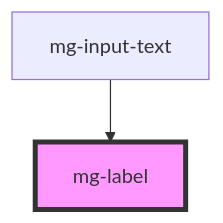
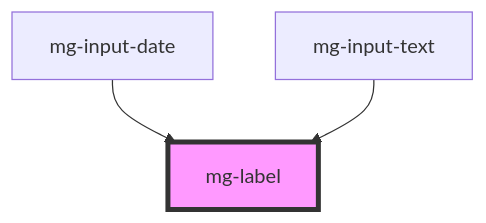
The diagram in src/components/mg-label/readme.md (MGDIS/mg-components), drawn with Mermaid before and after one commit. The commit also changed other lines of this file and 34 other files, not shown here.

First line of the commit message:
feat(mg-input-date): add new structure for input components

````diff
--- a/src/components/mg-label/readme.md
+++ b/src/components/mg-label/readme.md
@@ -24,5 +25,6 @@
 ```mermaid
 graph TD;
+  mg-input-date --> mg-label
   mg-input-text --> mg-label
   style mg-label fill:#f9f,stroke:#333,stroke-width:4px
 ```
````
